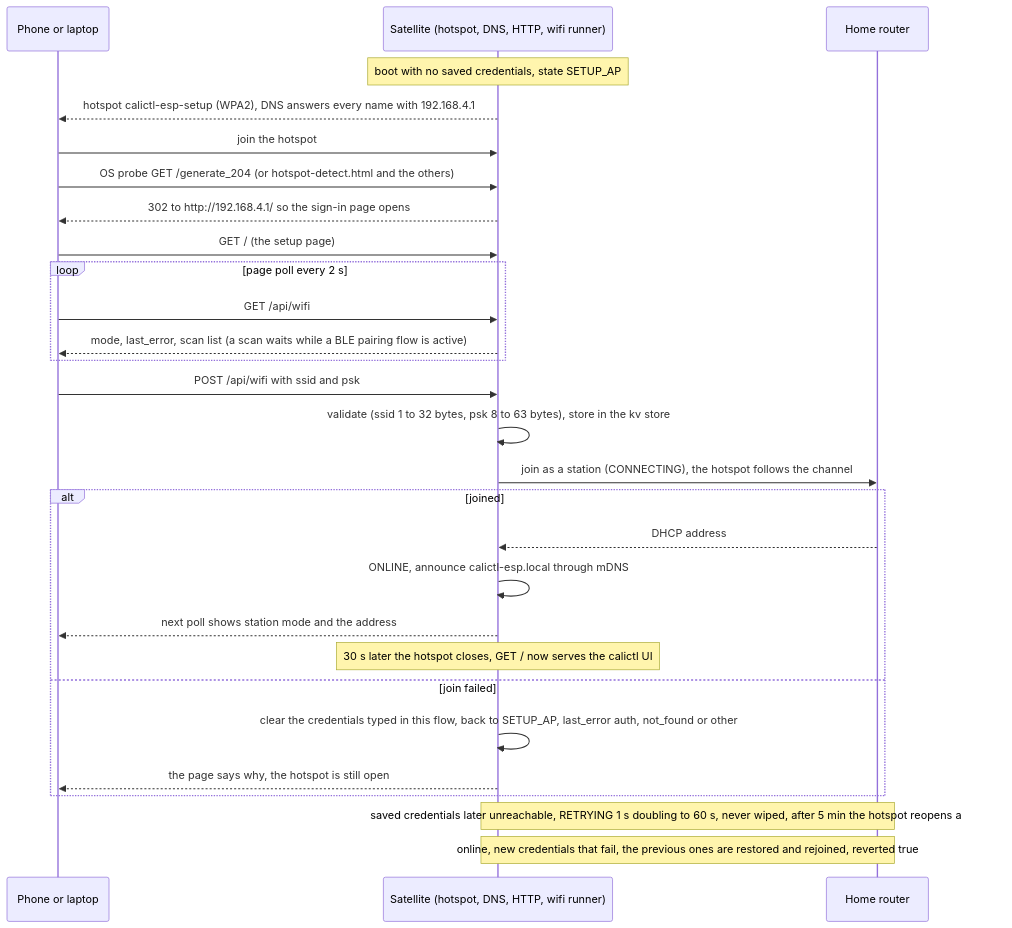
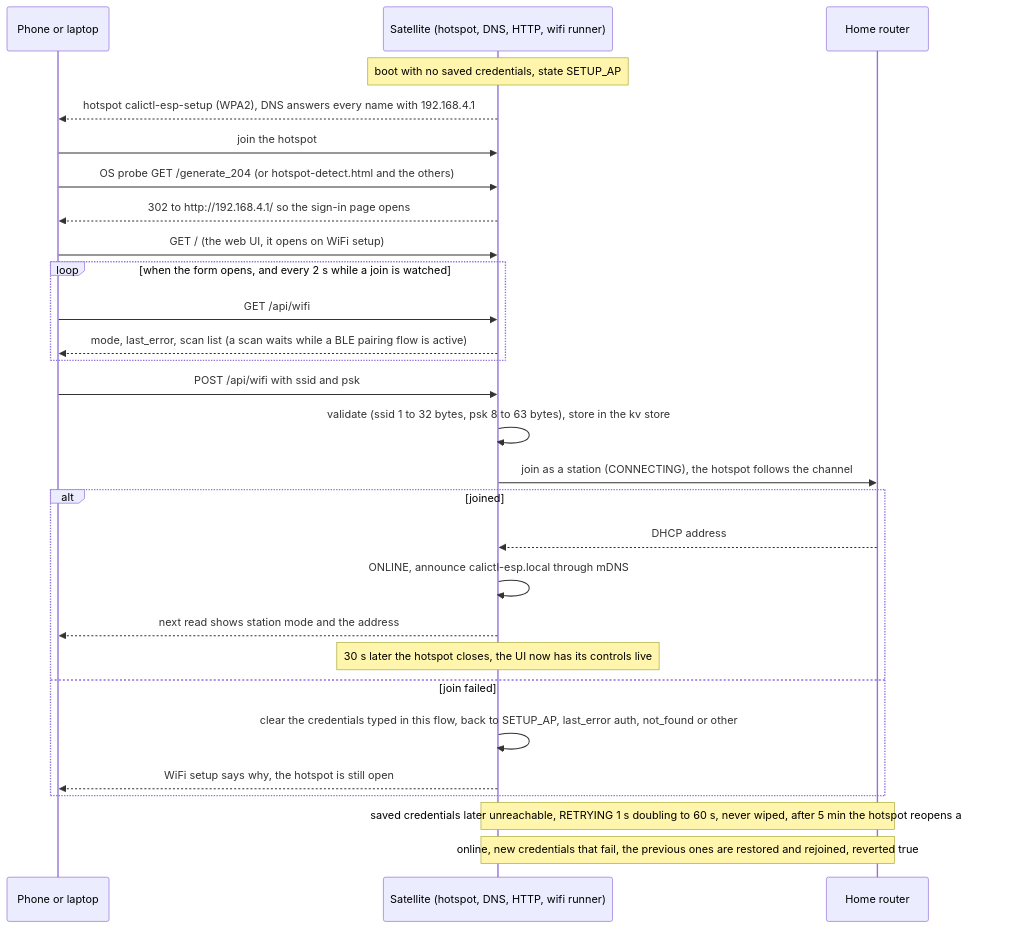
Before and after one commit to ckeller42/open-california: diagram 16 of 17 in docs/protocol-sequences.rst, drawn with Mermaid. The commit also changed other lines of this file and 11 other files, not shown here.

First line of the commit message:
docs: one web UI on the satellite — routes, WiFi setup screen, recovery page, Satellite settings

```diff
--- a/docs/protocol-sequences.rst
+++ b/docs/protocol-sequences.rst
@@ -1465,30 +1467,30 @@
 .. mermaid::
 
     sequenceDiagram
         participant P as Phone or laptop
         participant E as Satellite (hotspot, DNS, HTTP, wifi runner)
         participant R as Home router
         Note over E: boot with no saved credentials, state SETUP_AP
         E-->>P: hotspot calictl-esp-setup (WPA2), DNS answers every name with 192.168.4.1
         P->>E: join the hotspot
         P->>E: OS probe GET /generate_204 (or hotspot-detect.html and the others)
         E-->>P: 302 to http://192.168.4.1/ so the sign-in page opens
-        P->>E: GET / (the setup page)
-        loop page poll every 2 s
+        P->>E: GET / (the web UI, it opens on WiFi setup)
+        loop when the form opens, and every 2 s while a join is watched
             P->>E: GET /api/wifi
             E-->>P: mode, last_error, scan list (a scan waits while a BLE pairing flow is active)
         end
         P->>E: POST /api/wifi with ssid and psk
         E->>E: validate (ssid 1 to 32 bytes, psk 8 to 63 bytes), store in the kv store
         E->>R: join as a station (CONNECTING), the hotspot follows the channel
         alt joined
             R-->>E: DHCP address
             E->>E: ONLINE, announce calictl-esp.local through mDNS
-            E-->>P: next poll shows station mode and the address
-            Note over E: 30 s later the hotspot closes, GET / now serves the calictl UI
+            E-->>P: next read shows station mode and the address
+            Note over E: 30 s later the hotspot closes, the UI now has its controls live
         else join failed
             E->>E: clear the credentials typed in this flow, back to SETUP_AP, last_error auth, not_found or other
-            E-->>P: the page says why, the hotspot is still open
+            E-->>P: WiFi setup says why, the hotspot is still open
         end
         Note over E,R: saved credentials later unreachable, RETRYING 1 s doubling to 60 s, never wiped, after 5 min the hotspot reopens alongside
         Note over E,R: online, new credentials that fail, the previous ones are restored and rejoined, reverted true
```
